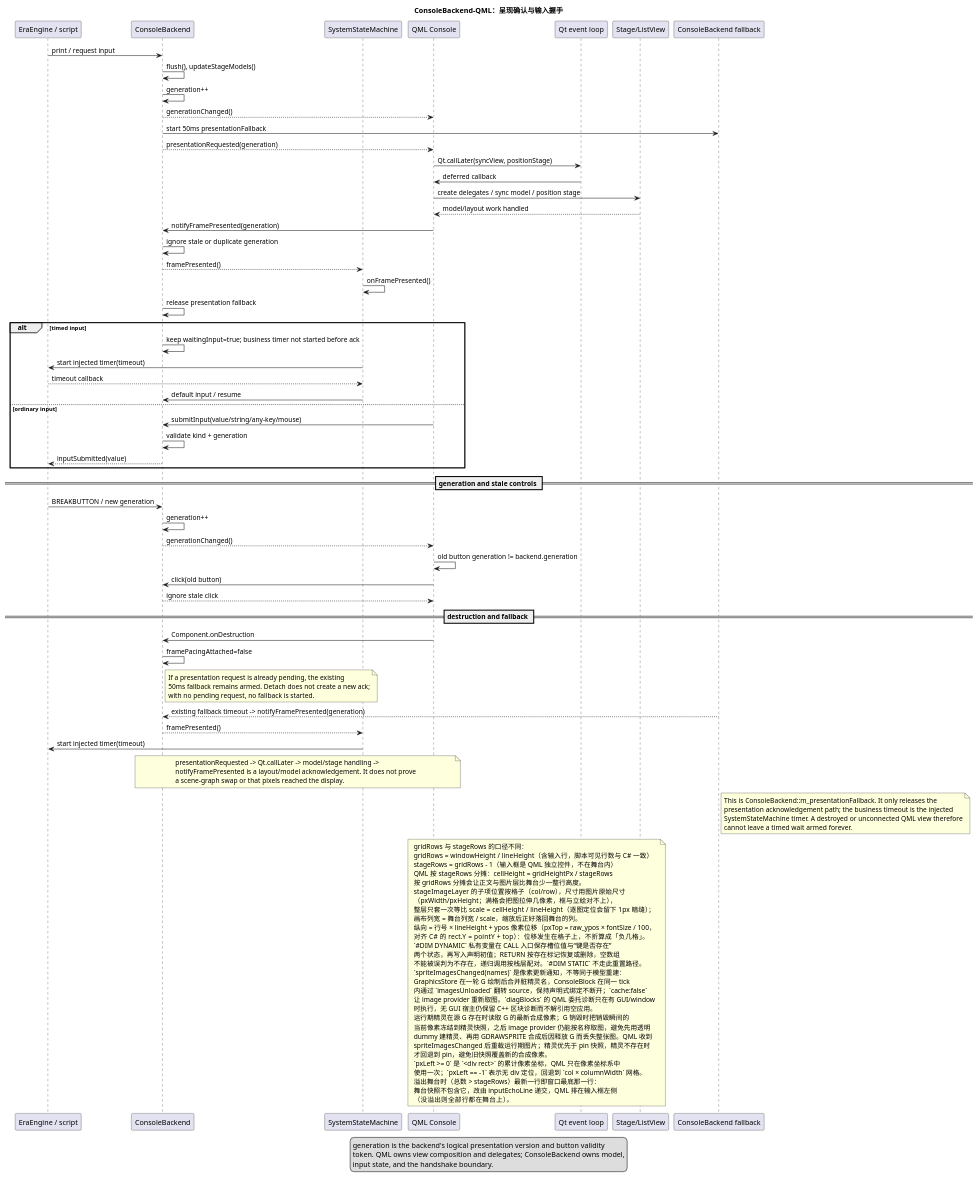
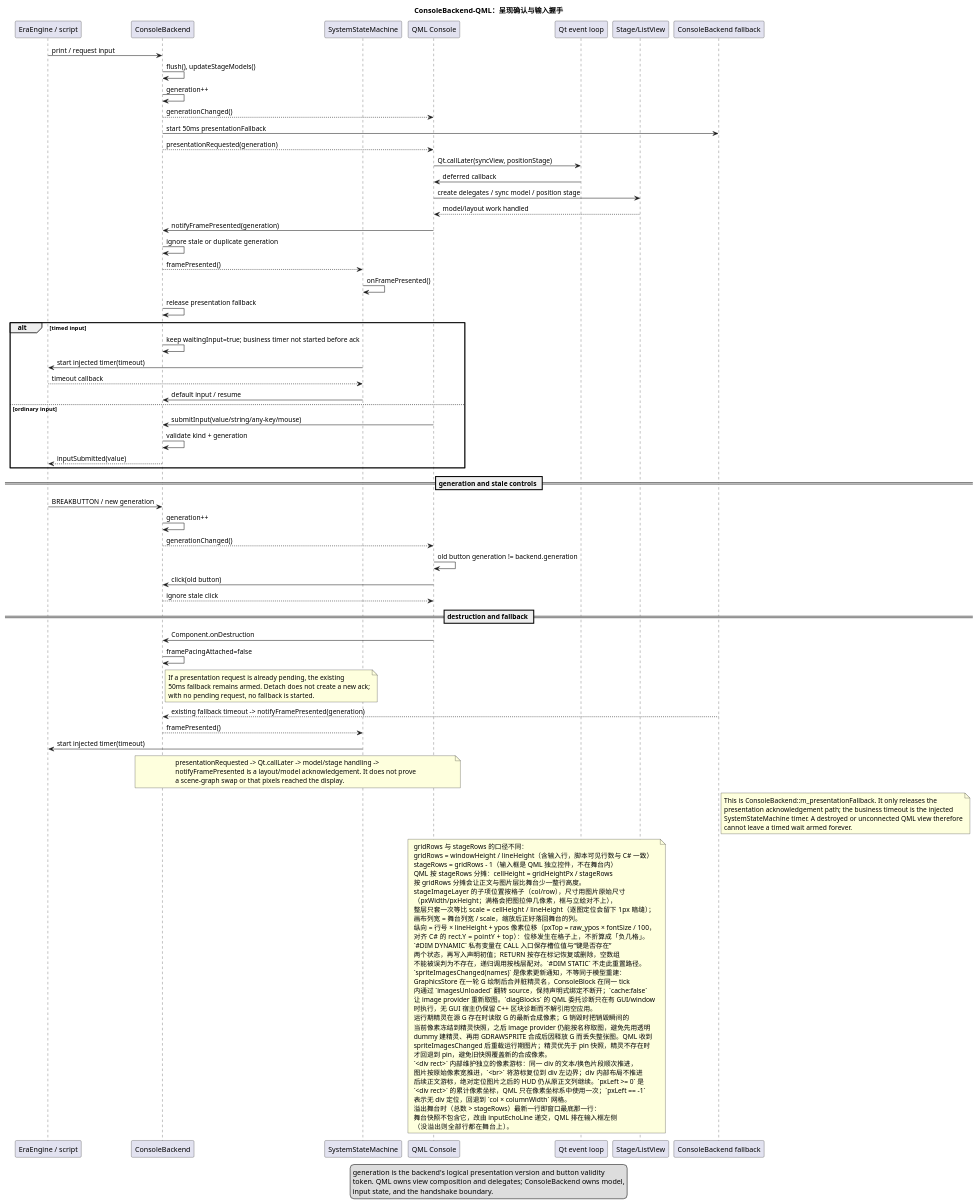
The diagram in docs/uml/15-console-qml-handshake.puml (yigekuyou/qt-eraemu), drawn with PlantUML before and after one commit. The commit also changed 5 other files, not shown here.

```diff
--- a/docs/uml/15-console-qml-handshake.puml
+++ b/docs/uml/15-console-qml-handshake.puml
@@ -1,114 +1,117 @@
 @startuml 15-console-qml-handshake
 !pragma layout smetana
 ' ConsoleBackend 与 QML 的 presentation/input 握手。
 ' 来源：GameView/console_backend.h/.cpp, qml/Console.qml, qml/ConsoleBlock.qml
 
 title ConsoleBackend-QML：呈现确认与输入握手
 
 participant "EraEngine / script" as E
 participant "ConsoleBackend" as B
 participant "SystemStateMachine" as S
 participant "QML Console" as C
 participant "Qt event loop" as Qt
 participant "Stage/ListView" as V
 participant "ConsoleBackend fallback" as F
 
 E -> B : print / request input
 B -> B : flush(), updateStageModels()
 B -> B : generation++
 B --> C : generationChanged()
 B -> F : start 50ms presentationFallback
 B --> C : presentationRequested(generation)
 C -> Qt : Qt.callLater(syncView, positionStage)
 Qt -> C : deferred callback
 C -> V : create delegates / sync model / position stage
 V --> C : model/layout work handled
 C -> B : notifyFramePresented(generation)
 B -> B : ignore stale or duplicate generation
 B --> S : framePresented()
 S -> S : onFramePresented()
 B -> B : release presentation fallback
 
 alt timed input
   B -> B : keep waitingInput=true; business timer not started before ack
   S -> E : start injected timer(timeout)
   E --> S : timeout callback
   S -> B : default input / resume
 else ordinary input
   C -> B : submitInput(value/string/any-key/mouse)
   B -> B : validate kind + generation
   B --> E : inputSubmitted(value)
 end
 
 == generation and stale controls ==
 E -> B : BREAKBUTTON / new generation
 B -> B : generation++
 B --> C : generationChanged()
 C -> C : old button generation != backend.generation
 C -> B : click(old button)
 B --> C : ignore stale click
 
 == destruction and fallback ==
 C -> B : Component.onDestruction
 B -> B : framePacingAttached=false
 note right of B
   If a presentation request is already pending, the existing
   50ms fallback remains armed. Detach does not create a new ack;
   with no pending request, no fallback is started.
 end note
 F --> B : existing fallback timeout -> notifyFramePresented(generation)
 B --> S : framePresented()
 S -> E : start injected timer(timeout)
 
 note over B,C
   presentationRequested -> Qt.callLater -> model/stage handling ->
   notifyFramePresented is a layout/model acknowledgement. It does not prove
   a scene-graph swap or that pixels reached the display.
 end note
 
 note right of F
   This is ConsoleBackend::m_presentationFallback. It only releases the
   presentation acknowledgement path; the business timeout is the injected
   SystemStateMachine timer. A destroyed or unconnected QML view therefore
   cannot leave a timed wait armed forever.
 end note
 
 
 note over C,V
   gridRows 与 stageRows 的口径不同：
   gridRows  = windowHeight / lineHeight（含输入行，脚本可见行数与 C# 一致）
   stageRows = gridRows - 1（输入框是 QML 独立控件，不在舞台内）
   QML 按 stageRows 分摊：cellHeight = gridHeightPx / stageRows
   按 gridRows 分摊会让正文与图片层比舞台少一整行高度。
   stageImageLayer 的子项位置按格子（col/row），尺寸用图片原始尺寸
   （pxWidth/pxHeight；满格会把图拉伸几像素，框与立絵对不上），
   整层只套一次等比 scale = cellHeight / lineHeight（逐图定位会留下 1px 暗缝）；
   画布列宽 = 舞台列宽 / scale，缩放后正好落回舞台的列。
   纵向 = 行号 × lineHeight + ypos 像素位移（pxTop = raw_ypos × fontSize / 100，
   对齐 C# 的 rect.Y = pointY + top）：位移发生在格子上，不折算成「负几格」。
   `#DIM DYNAMIC` 私有变量在 CALL 入口保存槽位值与“键是否存在”
   两个状态，再写入声明初值；RETURN 按存在标记恢复或删除，空数组
   不能被误判为不存在，递归调用按栈层配对。`#DIM STATIC` 不走此重置路径。
   `spriteImagesChanged(names)` 是像素更新通知，不等同于模型重建：
   GraphicsStore 在一轮 G 绘制后合并脏精灵名，ConsoleBlock 在同一 tick
   内通过 `imagesUnloaded` 翻转 source，保持声明式绑定不断开；`cache:false`
   让 image provider 重新取图。`diagBlocks` 的 QML 委托诊断只在有 GUI/window
   时执行，无 GUI 宿主仍保留 C++ 区块诊断而不解引用空应用。
   运行期精灵在源 G 存在时读取 G 的最新合成像素；G 销毁时把销毁瞬间的
   当前像素冻结到精灵快照，之后 image provider 仍能按名称取图，避免先用透明
   dummy 建精灵、再用 GDRAWSPRITE 合成后因释放 G 而丢失整张图。QML 收到
   spriteImagesChanged 后重载运行期图片；精灵优先于 pin 快照，精灵不存在时
   才回退到 pin，避免旧快照覆盖新的合成像素。
-  `pxLeft >= 0` 是 `<div rect>` 的累计像素坐标，QML 只在像素坐标系中
-  使用一次；`pxLeft == -1` 表示无 div 定位，回退到 `col × columnWidth` 网格。
+  `<div rect>` 内部维护独立的像素游标：同一 div 的文本/换色片段顺次推进，
+  图片按原始像素宽推进，`<br>` 将游标复位到 div 左边界；div 内部布局不推进
+  后续正文游标，绝对定位图片之后的 HUD 仍从原正文列继续。`pxLeft >= 0` 是
+  `<div rect>` 的累计像素坐标，QML 只在像素坐标系中使用一次；`pxLeft == -1`
+  表示无 div 定位，回退到 `col × columnWidth` 网格。
   溢出舞台时（总数 > stageRows）最新一行即窗口最底那一行：
   舞台快照不包含它，改由 inputEchoLine 递交，QML 排在输入框左侧
   （没溢出则全部行都在舞台上）。
 end note
 
 legend bottom
   generation is the backend's logical presentation version and button validity
   token. QML owns view composition and delegates; ConsoleBackend owns model,
   input state, and the handshake boundary.
 endlegend
 @enduml
```
